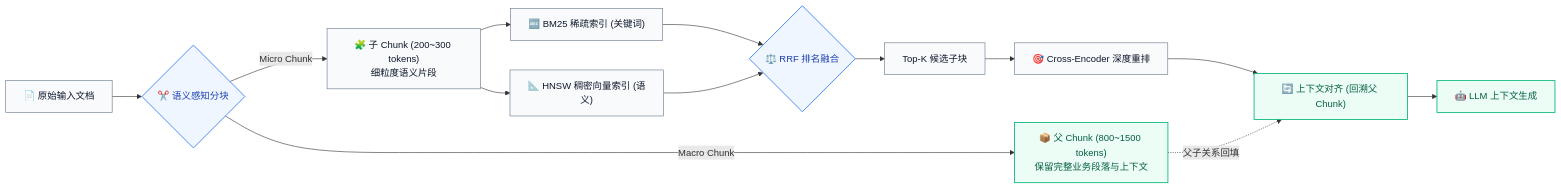
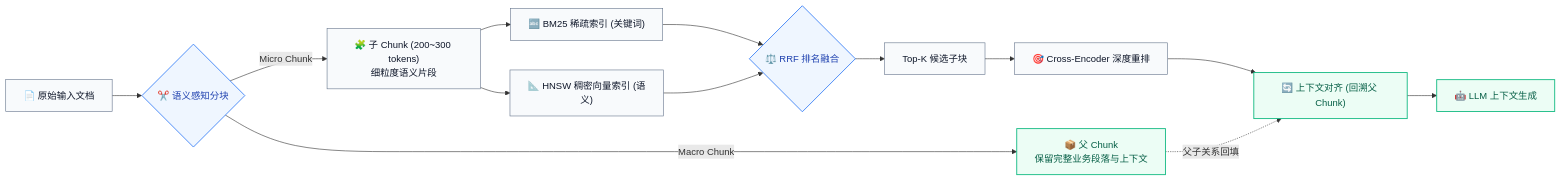
One commit to 7ing24/AgenticRAG changed the second of 4 diagrams in README.md. Above: the diagram before and after it, drawn with Mermaid. The commit also changed other lines of this file, not shown here.

````diff
--- a/README.md
+++ b/README.md
@@ -137,28 +137,28 @@
 ```mermaid
 flowchart LR
     classDef default fill:#F8FAFC,stroke:#64748B,stroke-width:1px,color:#0F172A;
     classDef highlight fill:#EFF6FF,stroke:#3B82F6,stroke-width:1.5px,color:#1E40AF;
     classDef success fill:#ECFDF5,stroke:#10B981,stroke-width:1.5px,color:#065F46;
 
     Doc["📄 原始输入文档"] --> Split{"✂️ 语义感知分块"}
     
-    Split -->|Macro Chunk| Parent["📦 父 Chunk (800~1500 tokens)<br/>保留完整业务段落与上下文"]
+    Split -->|Macro Chunk| Parent["📦 父 Chunk<br/>保留完整业务段落与上下文"]
     Split -->|Micro Chunk| Child["🧩 子 Chunk (200~300 tokens)<br/>细粒度语义片段"]
 
     Child --> BM25["🔤 BM25 稀疏索引 (关键词)"]
     Child --> Dense["📐 HNSW 稠密向量索引 (语义)"]
 
     BM25 --> RRF{"⚖️ RRF 排名融合"}
     Dense --> RRF
 
     RRF --> TopK["Top-K 候选子块"]
     TopK --> Rerank["🎯 Cross-Encoder 深度重排"]
     
     Rerank --> Expand["🔄 上下文对齐 (回溯父 Chunk)"]
     Parent -.->|父子关系回填| Expand
     
     Expand --> LLM["🤖 LLM 上下文生成"]
 
     class Split,RRF highlight
     class Parent,Expand,LLM success
 ```
````
